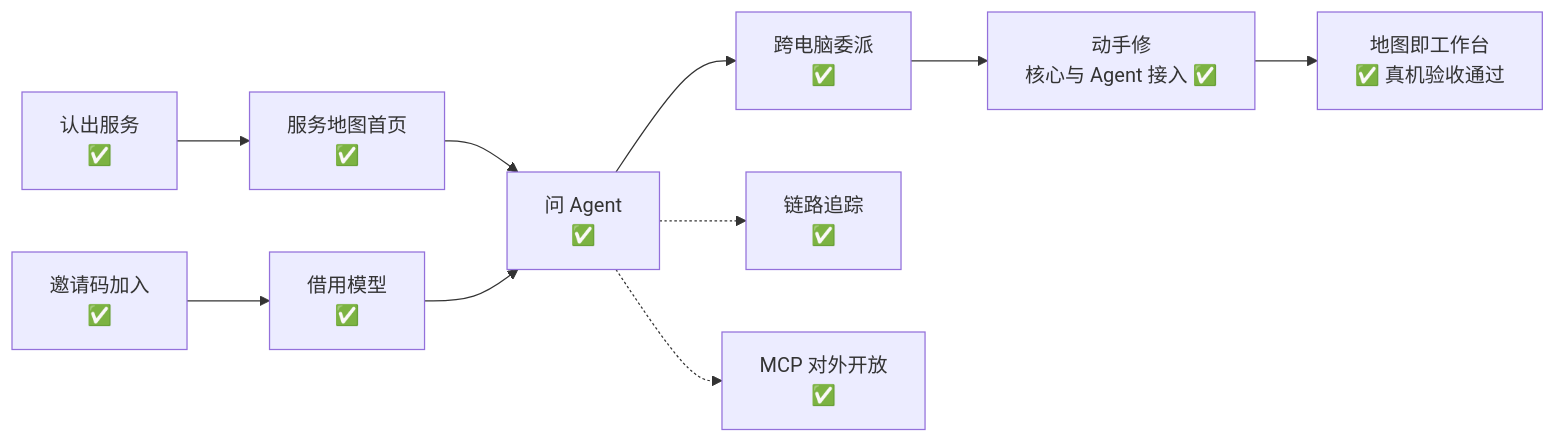
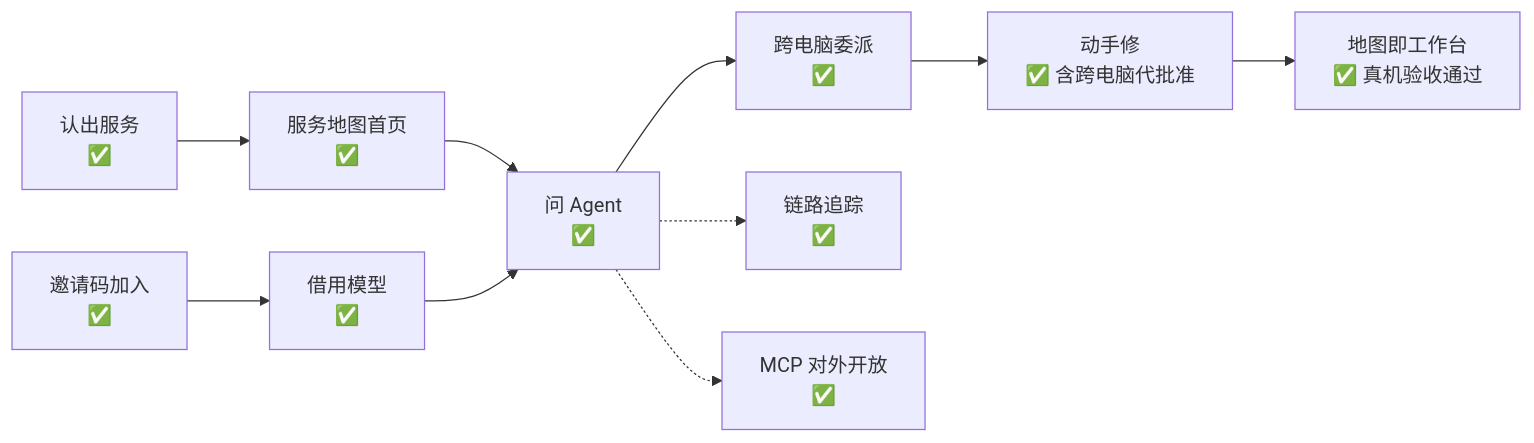
The diagram in docs/project/roadmap.md (Sugarfarmeriod/TunnelMinion), drawn with Mermaid before and after one commit. The commit also changed other lines of this file, not shown here.

Commit message:
docs: 路线图记录代批准已完成，下一步真机验收

````diff
--- a/docs/project/roadmap.md
+++ b/docs/project/roadmap.md
@@ -15,12 +15,12 @@
 ```mermaid
 flowchart LR
     S["认出服务<br/>✅"] --> M["服务地图首页<br/>✅"]
     M --> Q["问 Agent<br/>✅"]
     Q --> D["跨电脑委派<br/>✅"]
-    D --> R["动手修<br/>核心与 Agent 接入 ✅"]
+    D --> R["动手修<br/>✅ 含跨电脑代批准"]
     R --> W["地图即工作台<br/>✅ 真机验收通过"]
     J["邀请码加入<br/>✅"] --> B["借用模型<br/>✅"]
     B --> Q
     Q -.-> O["链路追踪<br/>✅"]
     Q -.-> X["MCP 对外开放<br/>✅"]
 ```
````
